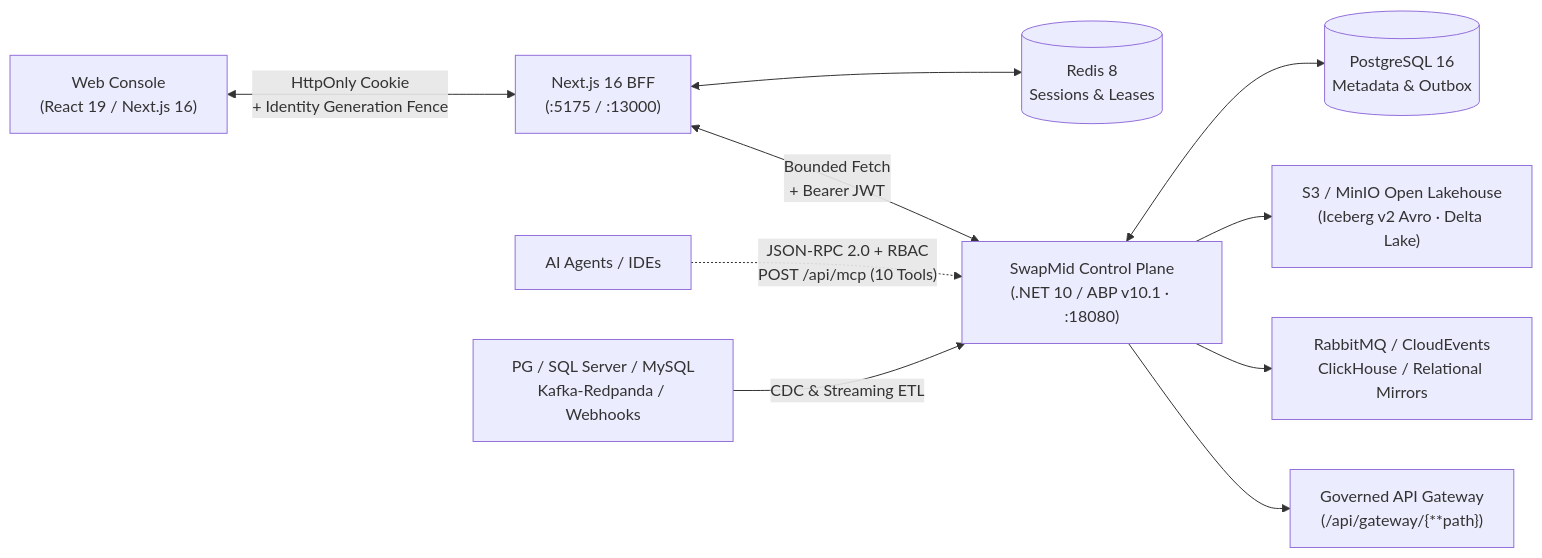
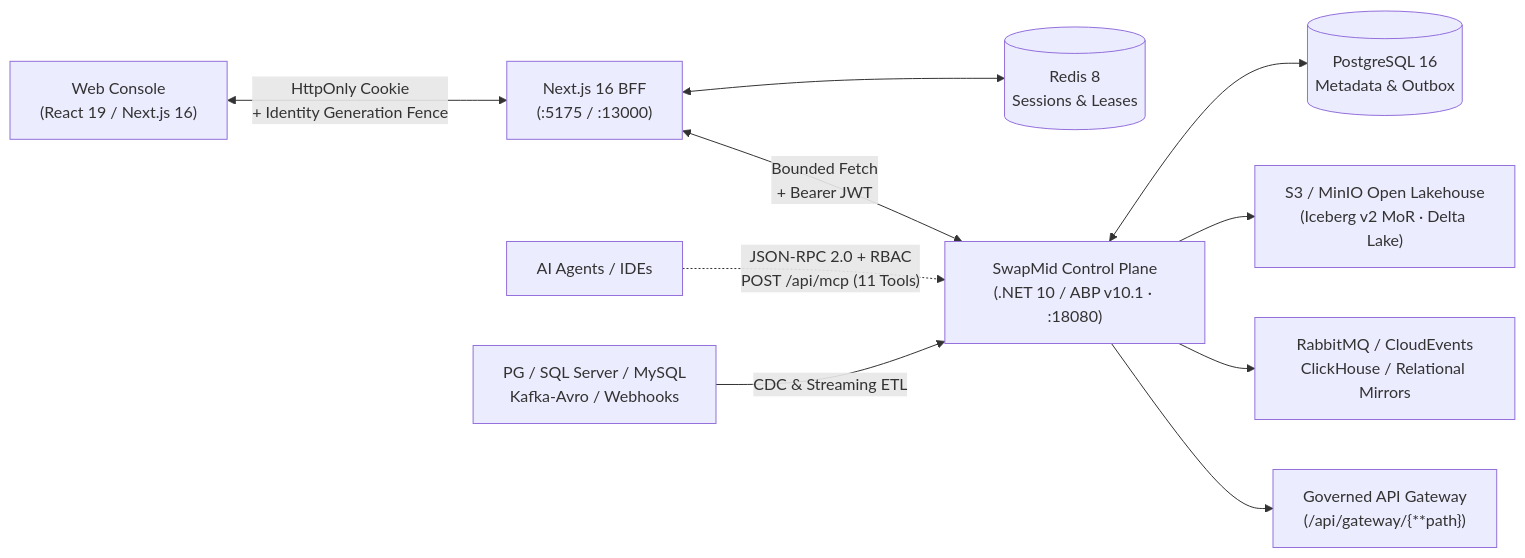
One commit to q871958549/SwapMid changed the diagram in README.md. Above: the diagram before and after it, drawn with Mermaid. The commit also changed other lines of this file and 80 other files, not shown here.

Commit message:
feat(lakehouse,cdc,gitops): ship v2.6.0 Iceberg v2 Merge-on-Read Equality Deletes, Schema Registry Avro, and declarative GitOps (swapmidctl)

````diff
--- a/README.md
+++ b/README.md
@@ -31,12 +31,12 @@
 ```mermaid
 flowchart LR
   Browser["Web Console\n(React 19 / Next.js 16)"] <-->|"HttpOnly Cookie\n+ Identity Generation Fence"| BFF["Next.js 16 BFF\n(:5175 / :13000)"]
   BFF <--> Redis[("Redis 8\nSessions & Leases")]
   BFF <-->|"Bounded Fetch\n+ Bearer JWT"| Core["SwapMid Control Plane\n(.NET 10 / ABP v10.1 · :18080)"]
-  AI["AI Agents / IDEs"] -.->|"JSON-RPC 2.0 + RBAC\nPOST /api/mcp (10 Tools)"| Core
+  AI["AI Agents / IDEs"] -.->|"JSON-RPC 2.0 + RBAC\nPOST /api/mcp (11 Tools)"| Core
   Core <--> PG[("PostgreSQL 16\nMetadata & Outbox")]
-  Sources["PG / SQL Server / MySQL\nKafka-Redpanda / Webhooks"] -->|"CDC & Streaming ETL"| Core
-  Core --> Lake["S3 / MinIO Open Lakehouse\n(Iceberg v2 Avro · Delta Lake)"]
+  Sources["PG / SQL Server / MySQL\nKafka-Avro / Webhooks"] -->|"CDC & Streaming ETL"| Core
+  Core --> Lake["S3 / MinIO Open Lakehouse\n(Iceberg v2 MoR · Delta Lake)"]
   Core --> Bus["RabbitMQ / CloudEvents\nClickHouse / Relational Mirrors"]
   Core --> Upstreams["Governed API Gateway\n(/api/gateway/{**path})"]
 ```
````
